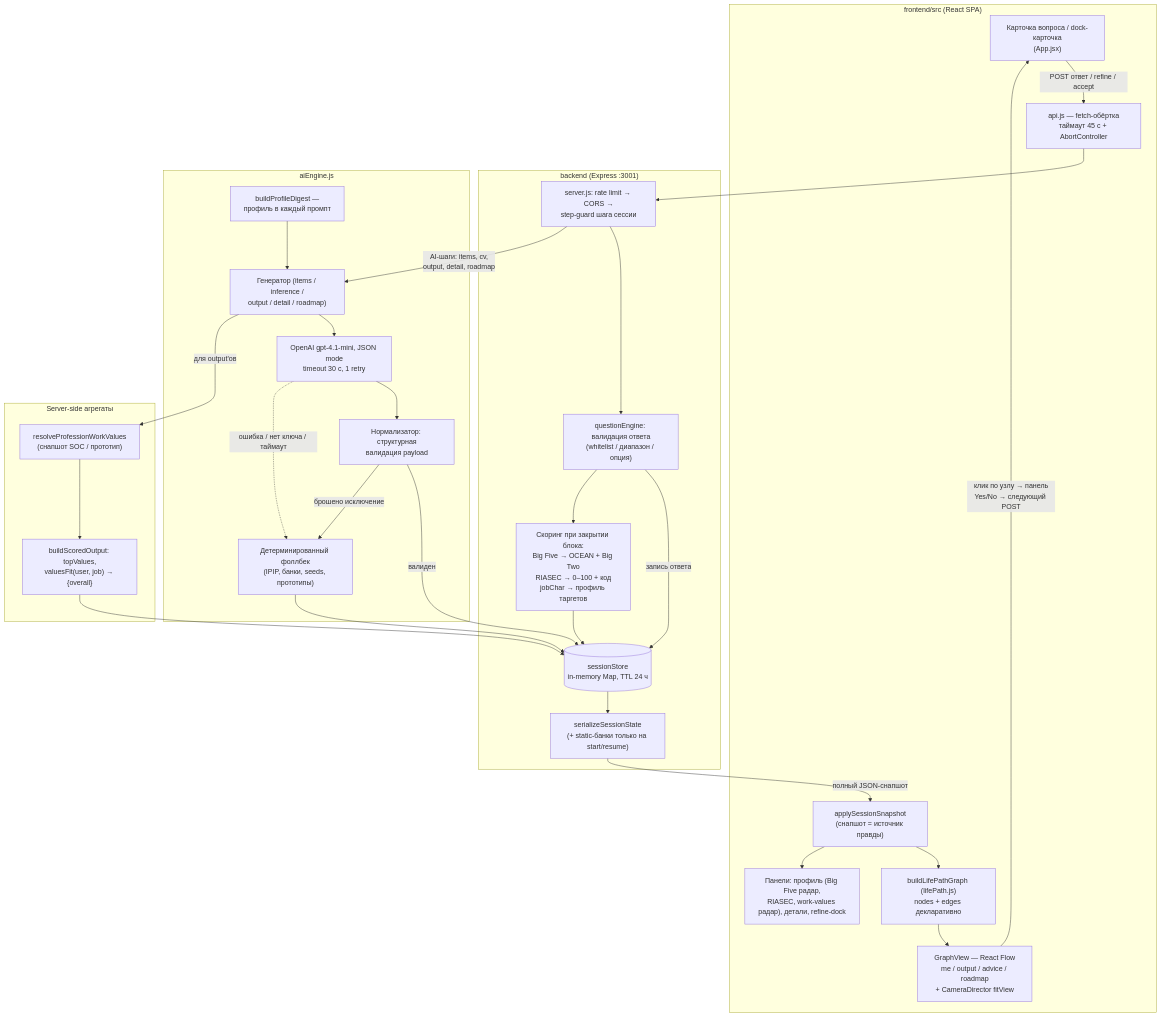
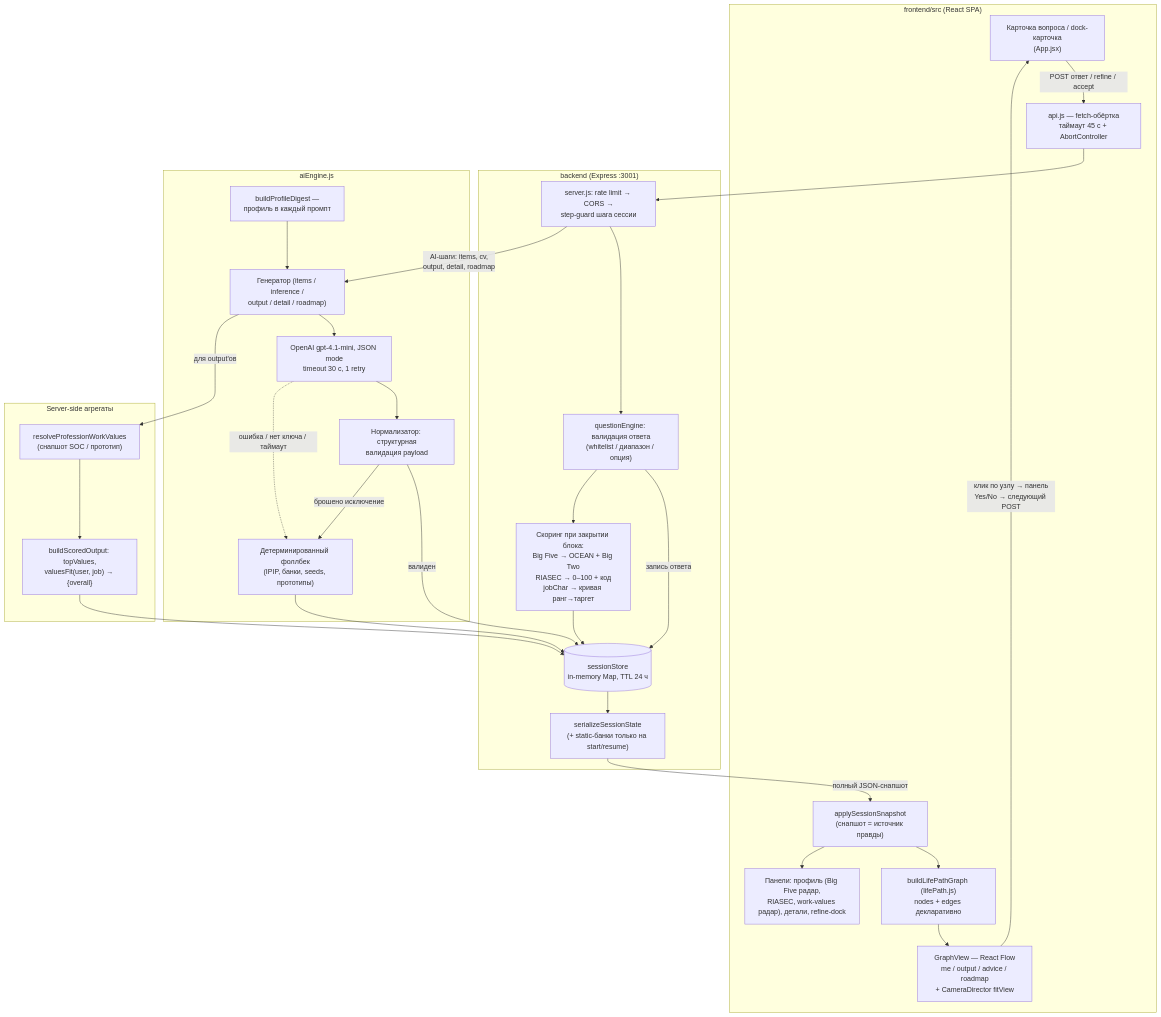
One commit to H1di/ai_survey changed the diagram in ARCHITECTURE.md. Above: the diagram before and after it, drawn with Mermaid. The commit also changed other lines of this file and 22 other files, not shown here.

````diff
--- a/ARCHITECTURE.md
+++ b/ARCHITECTURE.md
@@ -183,47 +180,47 @@
 ```mermaid
 flowchart TD
     subgraph Frontend["frontend/src (React SPA)"]
         UI["Карточка вопроса / dock-карточка<br/>(App.jsx)"]
         API["api.js — fetch-обёртка<br/>таймаут 45 с + AbortController"]
         APPLY["applySessionSnapshot<br/>(снапшот = источник правды)"]
         BUILD["buildLifePathGraph (lifePath.js)<br/>nodes + edges декларативно"]
         FLOW["GraphView — React Flow<br/>me / output / advice / roadmap<br/>+ CameraDirector fitView"]
         PANELS["Панели: профиль (Big Five радар,<br/>RIASEC, work-values радар), детали, refine-dock"]
     end
 
     subgraph Backend["backend (Express :3001)"]
         GUARD["server.js: rate limit → CORS →<br/>step-guard шага сессии"]
         VALIDATE["questionEngine: валидация ответа<br/>(whitelist / диапазон / опция)"]
-        SCORE["Скоринг при закрытии блока:<br/>Big Five → OCEAN + Big Two<br/>RIASEC → 0–100 + код<br/>jobChar → профиль таргетов"]
+        SCORE["Скоринг при закрытии блока:<br/>Big Five → OCEAN + Big Two<br/>RIASEC → 0–100 + код<br/>jobChar → кривая ранг→таргет"]
         STORE[("sessionStore<br/>in-memory Map, TTL 24 ч")]
         SNAP["serializeSessionState<br/>(+ static-банки только на start/resume)"]
     end
 
     subgraph AI["aiEngine.js"]
         GEN["Генератор (items / inference /<br/>output / detail / roadmap)"]
         DIGEST["buildProfileDigest —<br/>профиль в каждый промпт"]
         LLM["OpenAI gpt-4.1-mini, JSON mode<br/>timeout 30 с, 1 retry"]
         NORM["Нормализатор: структурная<br/>валидация payload"]
         FB["Детерминированный фоллбек<br/>(IPIP, банки, seeds, прототипы)"]
     end
 
     subgraph Values["Server-side агрегаты"]
         SCOREVAL["resolveProfessionWorkValues<br/>(снапшот SOC / прототип)"]
         DERIVE["buildScoredOutput: topValues,<br/>valuesFit(user, job) → {overall}"]
     end
 
     UI -->|"POST ответ / refine / accept"| API --> GUARD --> VALIDATE
     VALIDATE -->|запись ответа| STORE
     VALIDATE --> SCORE --> STORE
     GUARD -->|"AI-шаги: items, cv,<br/>output, detail, roadmap"| GEN
     DIGEST --> GEN
     GEN --> LLM --> NORM
     NORM -->|"валиден"| STORE
     NORM -->|"брошено исключение"| FB --> STORE
     LLM -.->|"ошибка / нет ключа / таймаут"| FB
     GEN -->|"для output'ов"| SCOREVAL --> DERIVE --> STORE
     STORE --> SNAP -->|"полный JSON-снапшот"| APPLY
     APPLY --> BUILD --> FLOW
     APPLY --> PANELS
     FLOW -->|"клик по узлу → панель<br/>Yes/No → следующий POST"| UI
 ```
````
